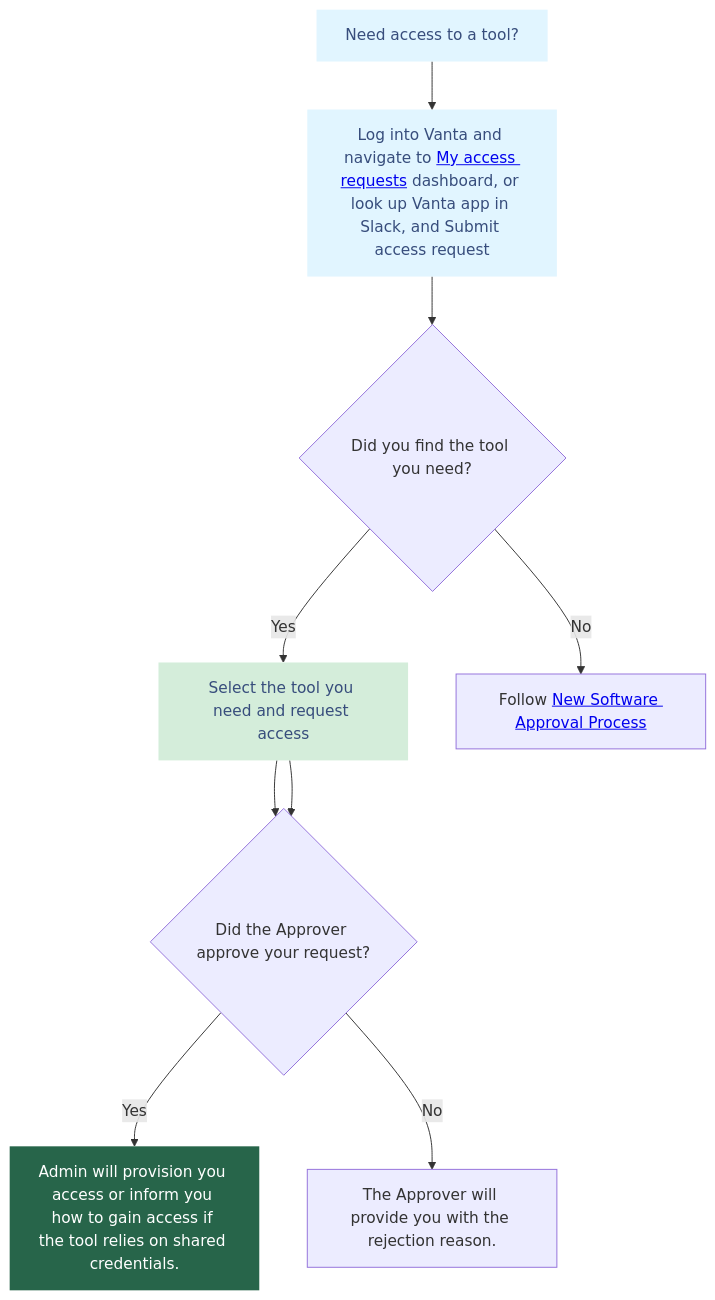
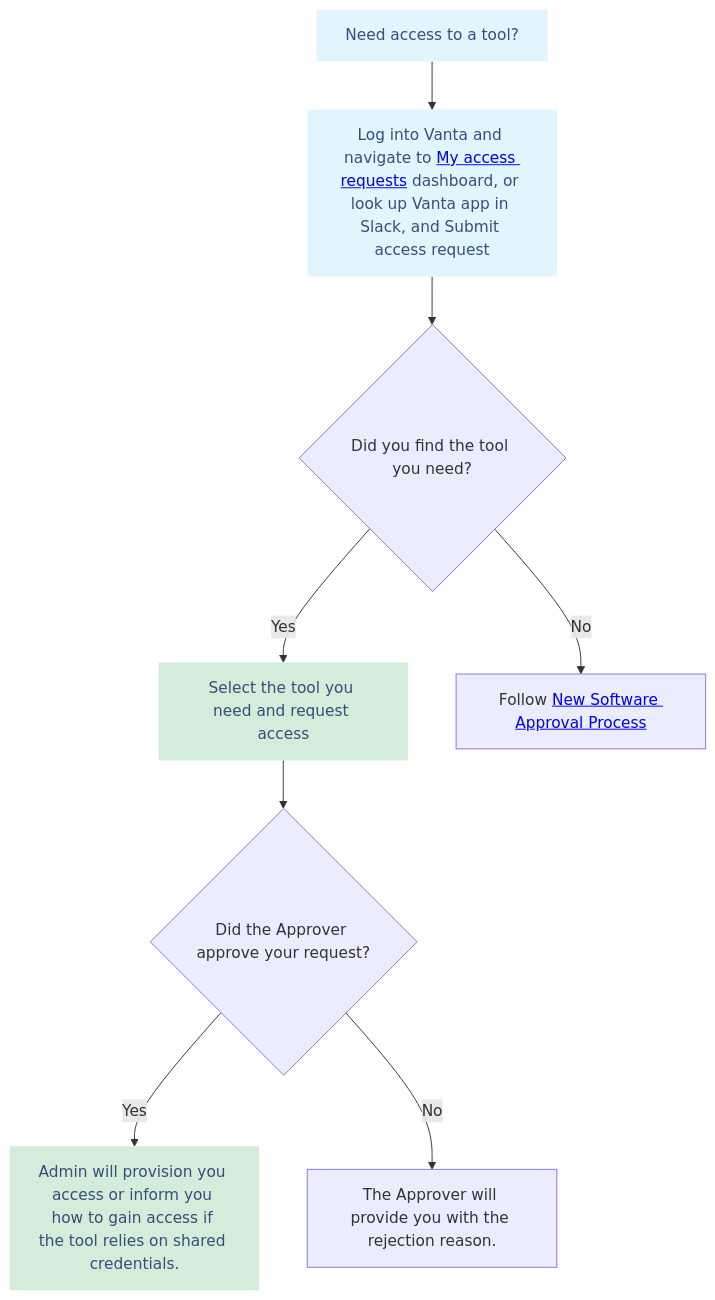
The diagram in docs/en/tools/software.md (ultralytics/handbook), drawn with Mermaid before and after one commit. The commit also changed other lines of this file, not shown here.

Commit message:
Update software.md
I've done several updates as suggested:
- Updated all UI labels to use back quotes (e.g., Submit access request, My access requests).
- Clarified how Admins provision access and how requesters are notified (Slack via Vanta + email).
Removed the duplicate C --> n4 line in the Mermaid diagram and fixed the “the the” typo.
- Standardized the diagram’s green cell styling and unified text color.

````diff
--- a/docs/en/tools/software.md
+++ b/docs/en/tools/software.md
@@ -90,25 +90,28 @@
 ```mermaid
 flowchart TD
- A@{ label: "Log into Vanta and navigate to <a href='https://app.vanta.com/c/ultralytics/access/systems/request'>My access requests</a> dashboard, or look up Vanta app in Slack, and Submit access request" } --> B{"Did you find the tool you need?"}
+A@{ label: "Log into Vanta and navigate to <a href='https://app.vanta.com/c/ultralytics/access/systems/request'>My access requests</a> dashboard, or look up Vanta app in Slack, and Submit access request" } --> B{"Did you find the tool you need?"}
     B -- Yes --> C["Select the tool you need and request access"]
     B -- No --> D["Follow <a href='https://handbook.ultralytics.com/tools/software/#3-software-approval-vendor-lifecycle'>New Software Approval Process</a>"]
     n3["Need access to a tool?"] --> A
-    C --> n4["Did the the Approver approve your request?"]
+    C --> n4["Did the Approver approve your request?"]
     n4 -- Yes --> n1["Admin will provision you access or inform you how to gain access if the tool relies on shared credentials."]
     n4 -- No --> n5["The Approver will provide you with the rejection reason."]
-    C --> n4["Did the Approver approve your request?"]
+
     A@{ shape: rect}
     n3@{ shape: rect}
     n4@{ shape: diam}
     n5@{ shape: rect}
-     A:::Sky
-     C:::Sky
-     n3:::Sky
-     n1:::Pine
-    classDef Pine stroke-width:1px, stroke-dasharray:none, stroke:#254336, fill:#27654A, color:#FFFFFF
+
+    A:::Sky
+    C:::Sky
+    n3:::Sky
+    n1:::Pine
+
+    classDef Pine stroke-width:1px, stroke-dasharray:none, stroke:#254336, fill:#27654A, color:#374D7C
     classDef Sky stroke-width:1px, stroke-dasharray:none, stroke:#374D7C, fill:#E2EBFF, color:#374D7C
+
     style A fill:#e1f5ff,stroke:none
-    style C fill:#d4edda,stroke:none
+    style C fill:#d4edda,stroke:none,color:#374D7C
     style n3 fill:#e1f5ff,stroke:none
-    style n1 stroke:none
+    style n1 fill:#d4edda,stroke:none,color:#374D7C
 ```
````
